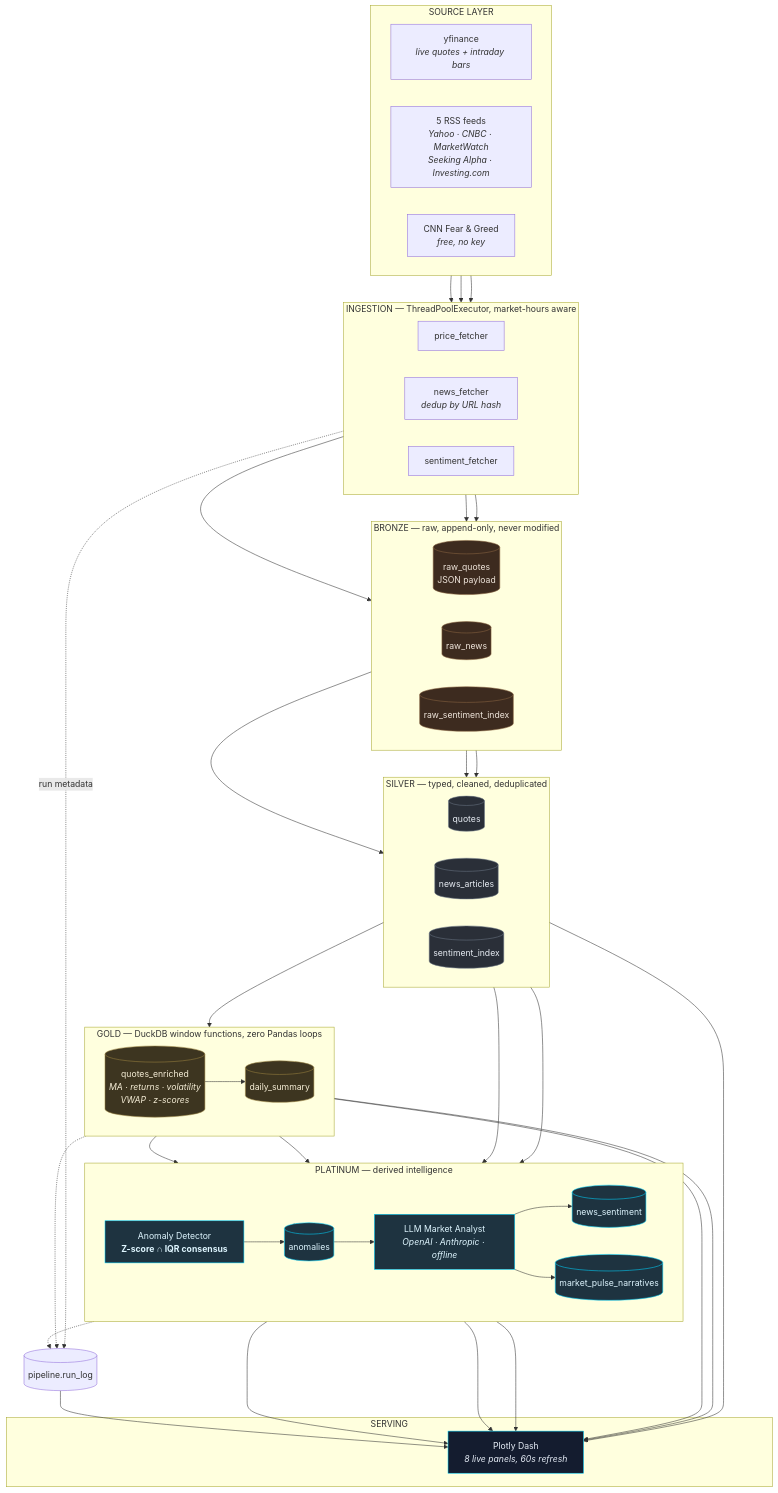
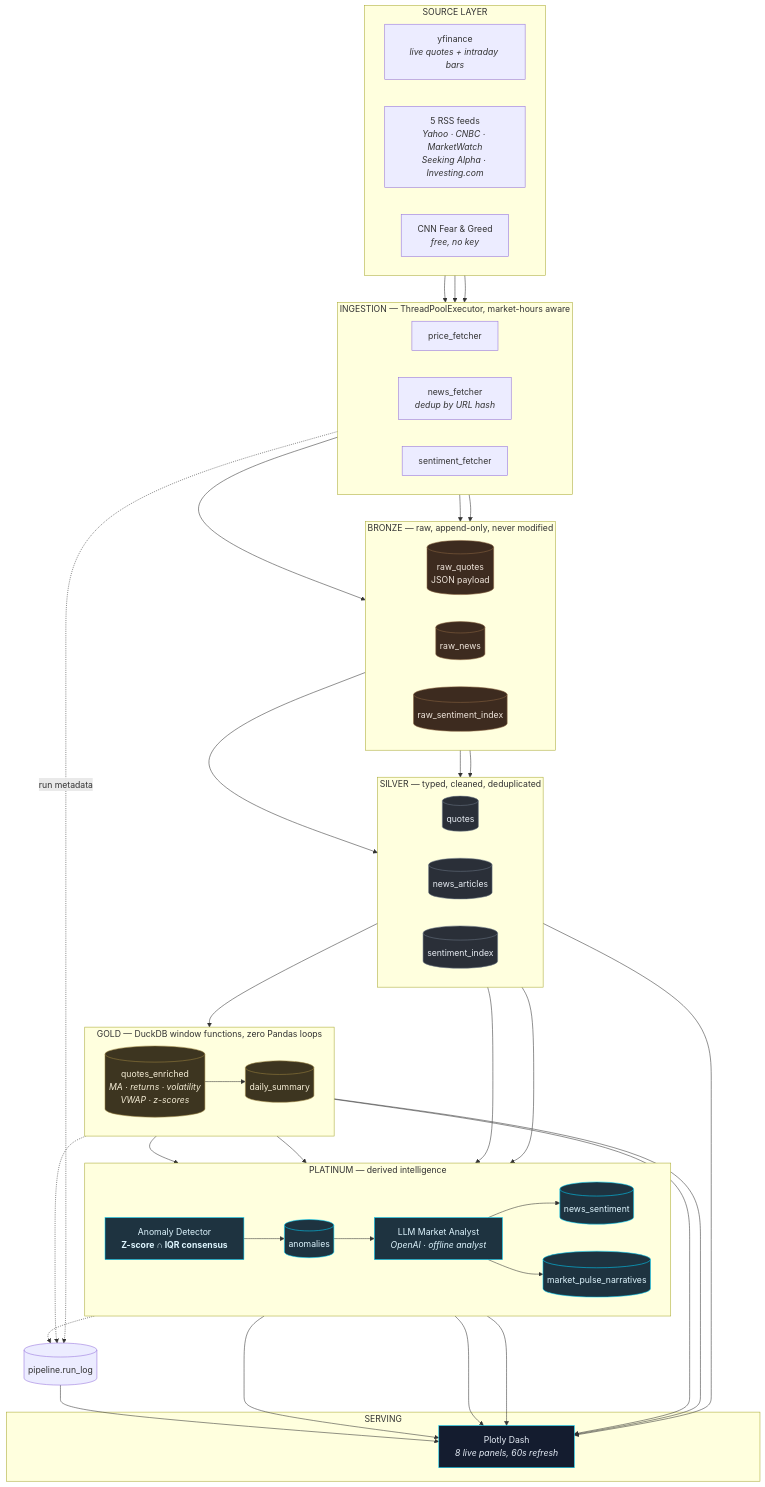
One commit to sennurbascetin/market-pulse-engine changed the diagram in docs/architecture.mmd. Above: the diagram before and after it, drawn with Mermaid. The commit also changed 8 other files, not shown here.

```diff
--- a/docs/architecture.mmd
+++ b/docs/architecture.mmd
@@ -1,93 +1,93 @@
 %% Market Pulse Engine — end-to-end data flow
 %% Render: https://mermaid.live  or  mmdc -i docs/architecture.mmd -o docs/architecture.svg
 flowchart TB
     subgraph SRC["SOURCE LAYER"]
         direction LR
         YF["yfinance<br/><i>live quotes + intraday bars</i>"]
         RSS["5 RSS feeds<br/><i>Yahoo · CNBC · MarketWatch<br/>Seeking Alpha · Investing.com</i>"]
         FG["CNN Fear &amp; Greed<br/><i>free, no key</i>"]
     end
 
     subgraph ING["INGESTION — ThreadPoolExecutor, market-hours aware"]
         direction LR
         PF["price_fetcher"]
         NF["news_fetcher<br/><i>dedup by URL hash</i>"]
         SF["sentiment_fetcher"]
     end
 
     subgraph BRONZE["BRONZE — raw, append-only, never modified"]
         direction LR
         BQ[("raw_quotes<br/>JSON payload")]
         BN[("raw_news")]
         BS[("raw_sentiment_index")]
     end
 
     subgraph SILVER["SILVER — typed, cleaned, deduplicated"]
         direction LR
         SQ[("quotes")]
         SN[("news_articles")]
         SS[("sentiment_index")]
     end
 
     subgraph GOLD["GOLD — DuckDB window functions, zero Pandas loops"]
         direction LR
         GQ[("quotes_enriched<br/><i>MA · returns · volatility<br/>VWAP · z-scores</i>")]
         GD[("daily_summary")]
     end
 
     subgraph PLAT["PLATINUM — derived intelligence"]
         direction LR
         AN["Anomaly Detector<br/><b>Z-score ∩ IQR consensus</b>"]
-        LLM["LLM Market Analyst<br/><i>OpenAI · Anthropic · offline</i>"]
+        LLM["LLM Market Analyst<br/><i>OpenAI · offline analyst</i>"]
         PA[("anomalies")]
         PS[("news_sentiment")]
         PN[("market_pulse_narratives")]
     end
 
     subgraph SERVE["SERVING"]
         DASH["Plotly Dash<br/><i>8 live panels, 60s refresh</i>"]
     end
 
     RUNLOG[("pipeline.run_log")]
 
     YF --> PF --> BQ
     RSS --> NF --> BN
     FG --> SF --> BS
 
     BQ --> SQ
     BN --> SN
     BS --> SS
 
     SQ --> GQ --> GD
 
     GQ --> AN --> PA
     SN --> LLM
     GQ --> LLM
     SS --> LLM
     PA --> LLM
     LLM --> PS
     LLM --> PN
 
     GQ --> DASH
     GD --> DASH
     PA --> DASH
     PS --> DASH
     PN --> DASH
     SS --> DASH
     RUNLOG --> DASH
 
     ING -.->|"run metadata"| RUNLOG
     GOLD -.-> RUNLOG
     PLAT -.-> RUNLOG
 
     classDef bronze fill:#3d2b1f,stroke:#8a6642,color:#f0e6dc
     classDef silver fill:#2a2f38,stroke:#6b7684,color:#e8edf4
     classDef gold   fill:#3d3520,stroke:#9a8340,color:#f5edd6
     classDef plat   fill:#1e3340,stroke:#00d4ff,color:#dff6ff
     classDef serve  fill:#141c2f,stroke:#00d4ff,color:#e6edf7
 
     class BQ,BN,BS bronze
     class SQ,SN,SS silver
     class GQ,GD gold
     class PA,PS,PN,AN,LLM plat
     class DASH serve
```
